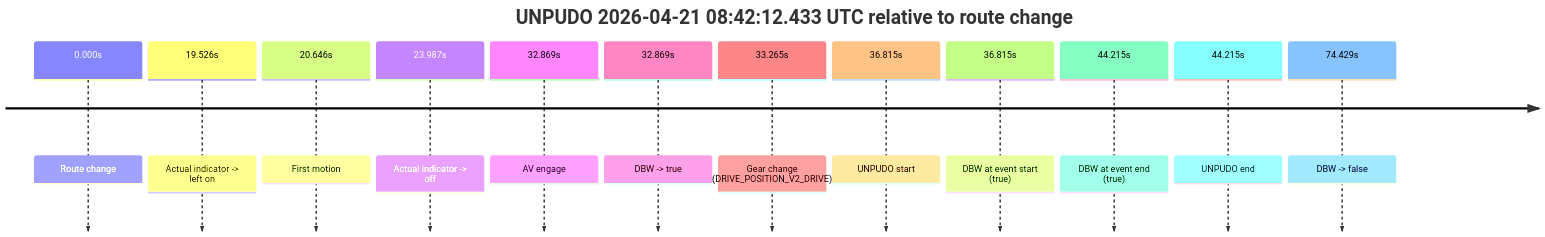
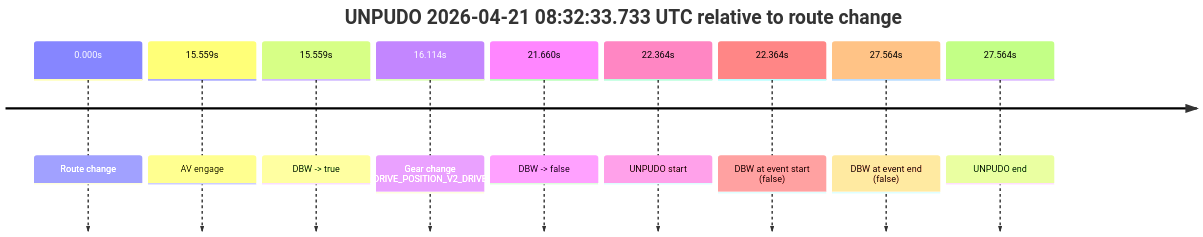
One commit to yoelshapiro/vault changed the seventh of 12 diagrams in model_analysis/report_cards/2026/04/Week-4/fme20018--2026-04-21--06-51-38--gen2-av-3b338e2e-43c9-46a2-8a76-6d485e5558ee.md. Above: the diagram before and after it, drawn with Mermaid. The commit also changed other lines of this file and 53 other files, not shown here.

````diff
--- a/model_analysis/report_cards/2026/04/Week-4/fme20018--2026-04-21--06-51-38--gen2-av-3b338e2e-43c9-46a2-8a76-6d485e5558ee.md
+++ b/model_analysis/report_cards/2026/04/Week-4/fme20018--2026-04-21--06-51-38--gen2-av-3b338e2e-43c9-46a2-8a76-6d485e5558ee.md
@@ -771,16 +590,13 @@
 ```mermaid
 timeline
-    title UNPUDO 2026-04-21 08:42:12.433 UTC relative to route change
+    title UNPUDO 2026-04-21 08:32:33.733 UTC relative to route change
     0.000s : Route change
-    19.526s : Actual indicator -> left on
-    20.646s : First motion
-    23.987s : Actual indicator -> off
-    32.869s : AV engage
-    32.869s : DBW -> true
-    33.265s : Gear change (DRIVE_POSITION_V2_DRIVE)
-    36.815s : UNPUDO start
-    36.815s : DBW at event start (true)
-    44.215s : DBW at event end (true)
-    44.215s : UNPUDO end
-    74.429s : DBW -> false
+    15.559s : AV engage
+    15.559s : DBW -> true
+    16.114s : Gear change (DRIVE_POSITION_V2_DRIVE)
+    21.660s : DBW -> false
+    22.364s : UNPUDO start
+    22.364s : DBW at event start (false)
+    27.564s : DBW at event end (false)
+    27.564s : UNPUDO end
 ```
````
